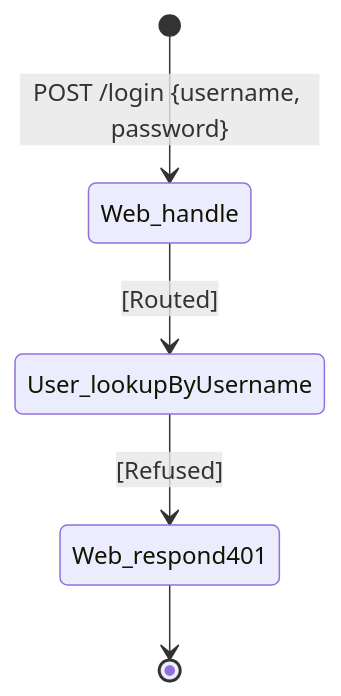
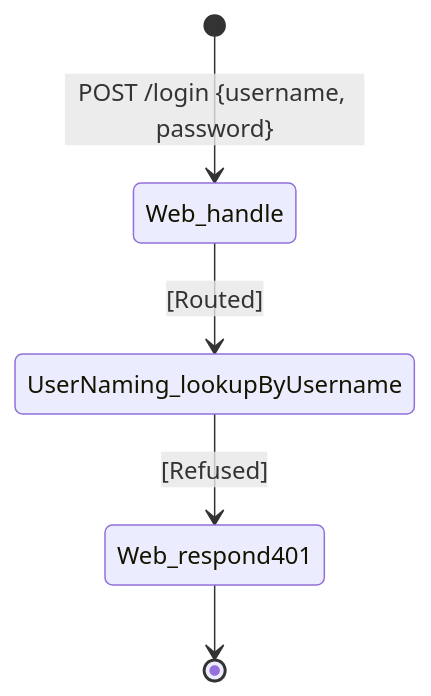
The diagram in features/UC-00-login/stages/01b_chain-table/output/unknown-user-chain.md (abratto/clad), drawn with Mermaid before and after one commit. The commit also changed other lines of this file and 81 other files, not shown here.

First line of the commit message:
refactor: rename User concept to UserNaming; strengthen concept-naming guidance

````diff
--- a/features/UC-00-login/stages/01b_chain-table/output/unknown-user-chain.md
+++ b/features/UC-00-login/stages/01b_chain-table/output/unknown-user-chain.md
@@ -18,7 +18,7 @@
 ```mermaid
 stateDiagram-v2
     [*] --> Web_handle : POST /login {username, password}
-    Web_handle --> User_lookupByUsername : [Routed]
-    User_lookupByUsername --> Web_respond401 : [Refused]
+    Web_handle --> UserNaming_lookupByUsername : [Routed]
+    UserNaming_lookupByUsername --> Web_respond401 : [Refused]
     Web_respond401 --> [*]
 ```
````
